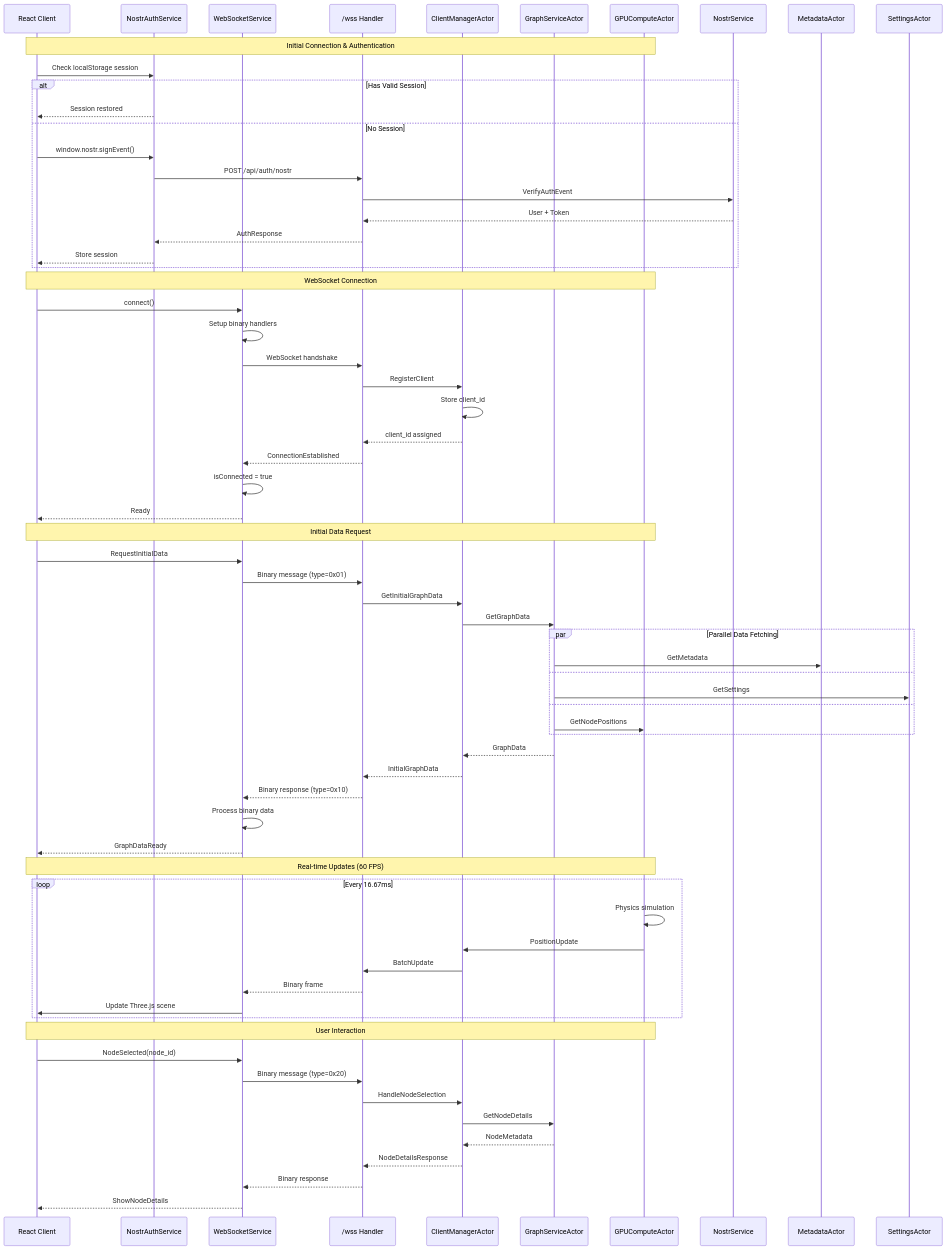
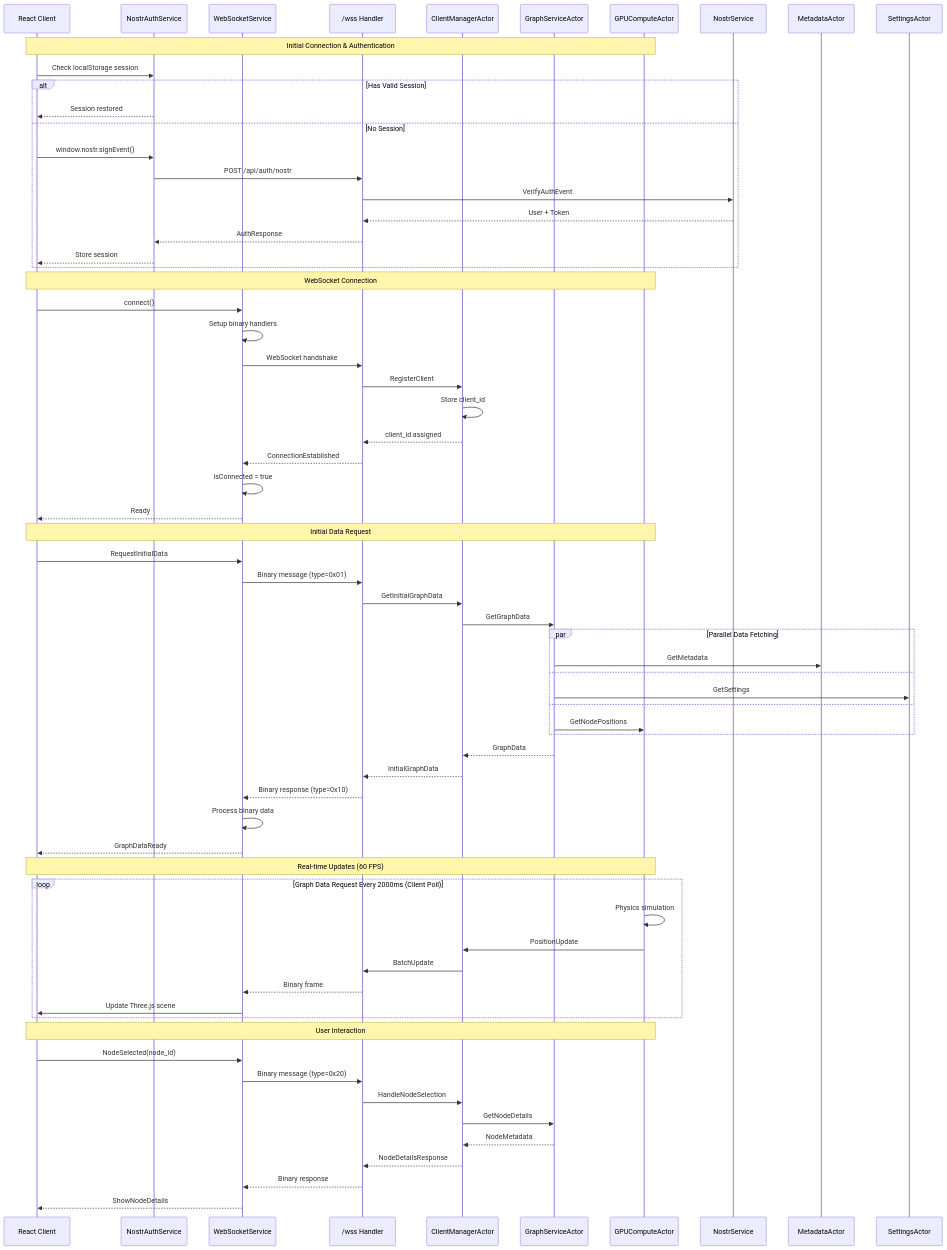
One commit to DreamLab-AI/VisionFlow changed the second of 21 diagrams in docs/diagrams.md. Above: the diagram before and after it, drawn with Mermaid. The commit also changed other lines of this file and 18 other files, not shown here.

````diff
--- a/docs/diagrams.md
+++ b/docs/diagrams.md
@@ -123,78 +123,78 @@
 ```mermaid
 sequenceDiagram
     participant Client as React Client
     participant Auth as NostrAuthService
     participant WS as WebSocketService
     participant Server as /wss Handler
     participant ClientMgr as ClientManagerActor
     participant GraphActor as GraphServiceActor
     participant GPU as GPUComputeActor
 
     Note over Client,GPU: Initial Connection & Authentication
 
     Client->>Auth: Check localStorage session
     alt Has Valid Session
         Auth-->>Client: Session restored
     else No Session
         Client->>Auth: window.nostr.signEvent()
         Auth->>Server: POST /api/auth/nostr
         Server->>NostrService: VerifyAuthEvent
         NostrService-->>Server: User + Token
         Server-->>Auth: AuthResponse
         Auth-->>Client: Store session
     end
 
     Note over Client,GPU: WebSocket Connection
 
     Client->>WS: connect()
     WS->>WS: Setup binary handlers
     WS->>Server: WebSocket handshake
     Server->>ClientMgr: RegisterClient
     ClientMgr->>ClientMgr: Store client_id
     ClientMgr-->>Server: client_id assigned
     Server-->>WS: ConnectionEstablished
     WS->>WS: isConnected = true
     WS-->>Client: Ready
 
     Note over Client,GPU: Initial Data Request
 
     Client->>WS: RequestInitialData
     WS->>Server: Binary message (type=0x01)
     Server->>ClientMgr: GetInitialGraphData
     ClientMgr->>GraphActor: GetGraphData
 
     par Parallel Data Fetching
         GraphActor->>MetadataActor: GetMetadata
         and
         GraphActor->>SettingsActor: GetSettings
         and
         GraphActor->>GPU: GetNodePositions
     end
 
     GraphActor-->>ClientMgr: GraphData
     ClientMgr-->>Server: InitialGraphData
     Server-->>WS: Binary response (type=0x10)
     WS->>WS: Process binary data
     WS-->>Client: GraphDataReady
 
     Note over Client,GPU: Real-time Updates (60 FPS)
 
-    loop Every 16.67ms
+    loop Graph Data Request Every 2000ms (Client Poll)
         GPU->>GPU: Physics simulation
         GPU->>ClientMgr: PositionUpdate
         ClientMgr->>Server: BatchUpdate
         Server-->>WS: Binary frame
         WS->>Client: Update Three.js scene
     end
 
     Note over Client,GPU: User Interaction
 
     Client->>WS: NodeSelected(node_id)
     WS->>Server: Binary message (type=0x20)
     Server->>ClientMgr: HandleNodeSelection
     ClientMgr->>GraphActor: GetNodeDetails
     GraphActor-->>ClientMgr: NodeMetadata
     ClientMgr-->>Server: NodeDetailsResponse
     Server-->>WS: Binary response
     WS-->>Client: ShowNodeDetails
 ```
````
